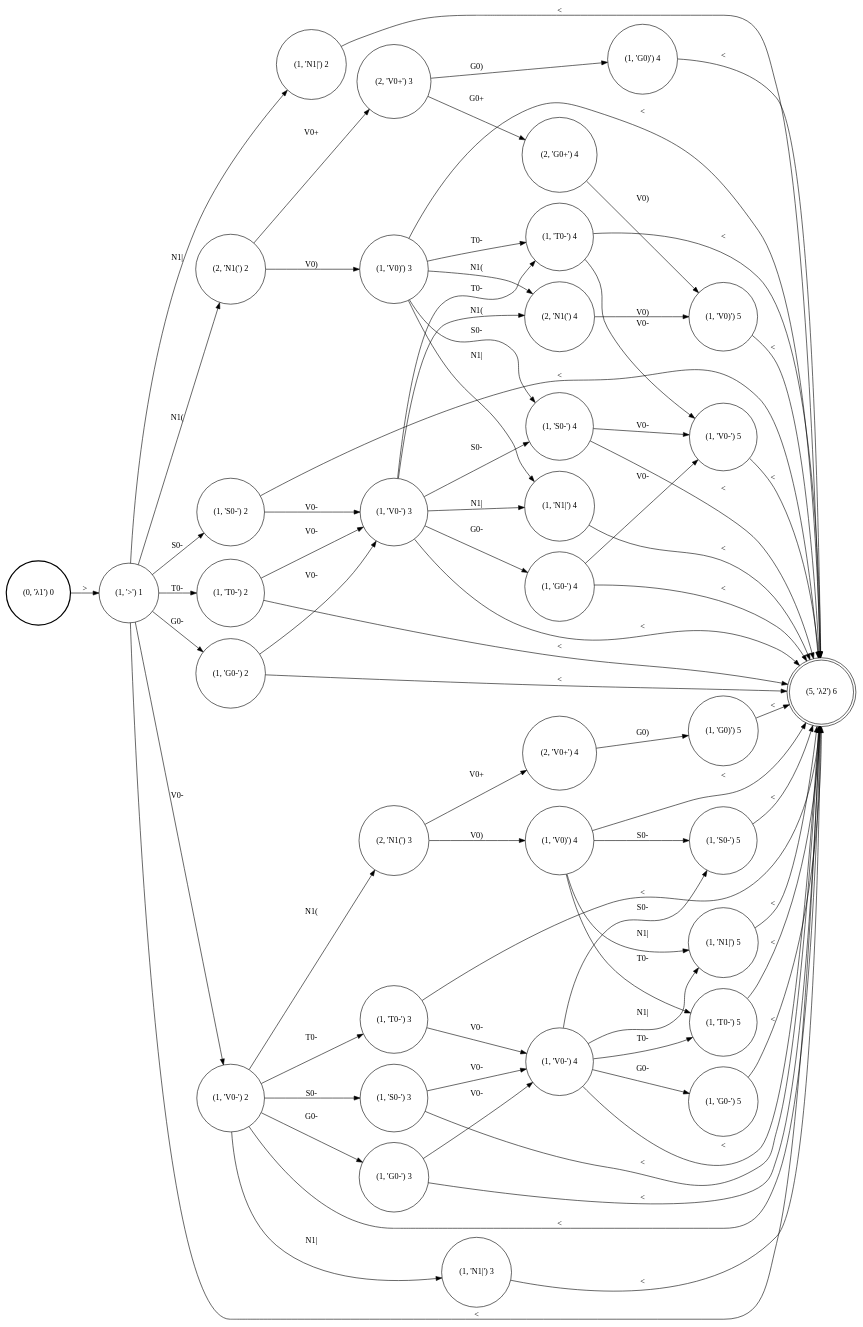
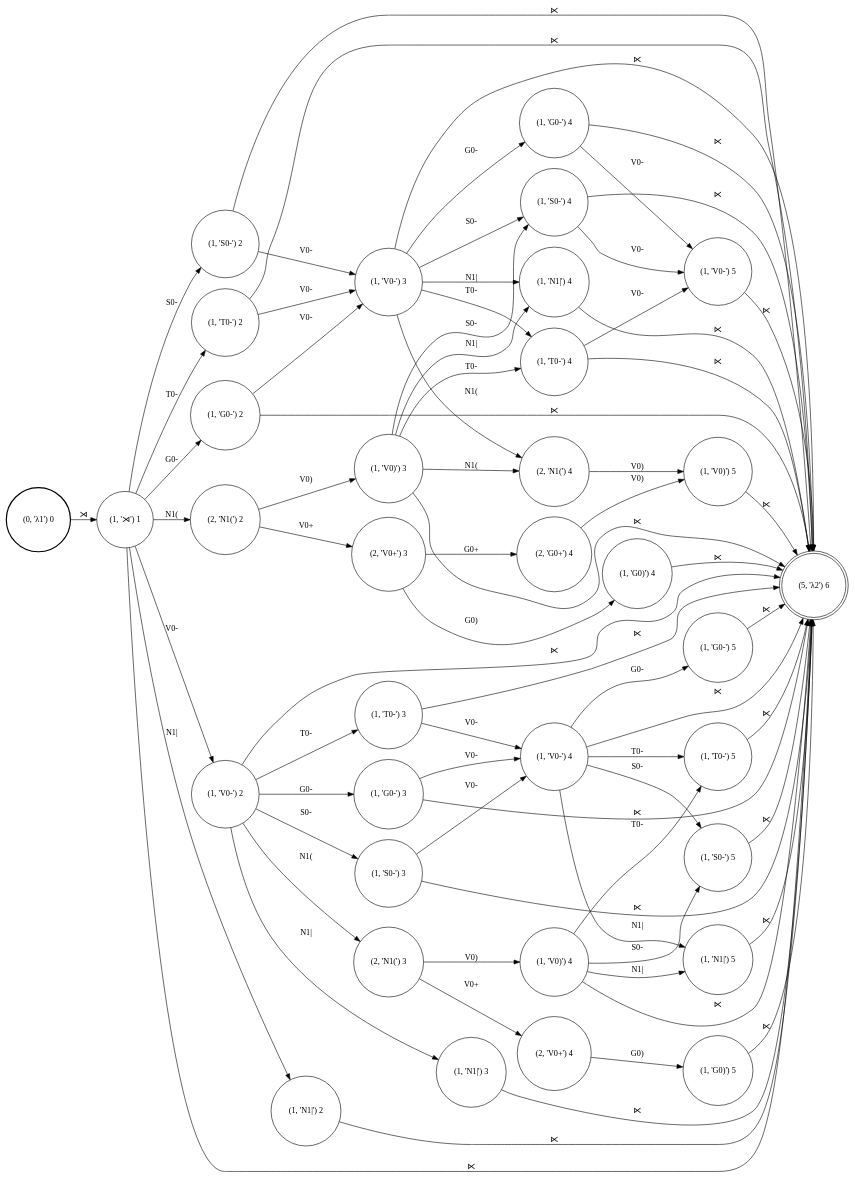
Before and after one commit to colincwilson/statgram: the diagram in demo/nasal_spreading/Output_nasal.dot, drawn with Graphviz. The commit also changed 11 other files, not shown here.

```diff
--- a/demo/nasal_spreading/Output_nasal.dot
+++ b/demo/nasal_spreading/Output_nasal.dot
@@ -1,109 +1,109 @@
 digraph G {
 rankdir=LR;
-0 [style=solid, shape=circle, label="(2, 'V0+') 4"]
-1 [style=solid, shape=circle, label="(1, 'N1|') 2"]
+0 [style=solid, shape=circle, label="(1, 'G0-') 4"]
+1 [style=solid, shape=doublecircle, label="(5, 'λ2') 6"]
 2 [style=solid, shape=circle, label="(1, 'V0)') 5"]
-3 [style=solid, shape=circle, label="(1, 'T0-') 4"]
-4 [style=solid, shape=circle, label="(1, 'S0-') 2"]
-5 [style=solid, shape=circle, label="(1, 'V0-') 5"]
-6 [style=solid, shape=circle, label="(1, 'G0-') 2"]
-7 [style=solid, shape=circle, label="(2, 'N1(') 3"]
-8 [style=solid, shape=doublecircle, label="(5, 'λ2') 6"]
-9 [style=solid, shape=circle, label="(2, 'V0+') 3"]
-10 [style=solid, shape=circle, label="(1, 'N1|') 3"]
-11 [style=solid, shape=circle, label="(1, 'T0-') 3"]
-12 [style=solid, shape=circle, label="(1, 'V0)') 4"]
-13 [style=bold, shape=circle, label="(0, 'λ1') 0"]
-14 [style=solid, shape=circle, label="(1, 'S0-') 5"]
-15 [style=solid, shape=circle, label="(1, 'G0-') 3"]
-16 [style=solid, shape=circle, label="(1, 'V0-') 4"]
-17 [style=solid, shape=circle, label="(1, 'N1|') 4"]
-18 [style=solid, shape=circle, label="(2, 'N1(') 2"]
-19 [style=solid, shape=circle, label="(1, 'T0-') 2"]
-20 [style=solid, shape=circle, label="(1, 'V0-') 3"]
-21 [style=solid, shape=circle, label="(1, 'G0-') 4"]
-22 [style=solid, shape=circle, label="(2, 'G0+') 4"]
-23 [style=solid, shape=circle, label="(1, 'G0)') 5"]
-24 [style=solid, shape=circle, label="(1, '>') 1"]
-25 [style=solid, shape=circle, label="(1, 'S0-') 4"]
-26 [style=solid, shape=circle, label="(1, 'V0)') 3"]
-27 [style=solid, shape=circle, label="(1, 'N1|') 5"]
-28 [style=solid, shape=circle, label="(1, 'G0-') 5"]
-29 [style=solid, shape=circle, label="(1, 'V0-') 2"]
-30 [style=solid, shape=circle, label="(1, 'G0)') 4"]
-31 [style=solid, shape=circle, label="(2, 'N1(') 4"]
-32 [style=solid, shape=circle, label="(1, 'T0-') 5"]
-33 [style=solid, shape=circle, label="(1, 'S0-') 3"]
-12 -> 27 [style=solid, label="N1|"]
-10 -> 8 [style=solid, label="<"]
-12 -> 14 [style=solid, label="S0-"]
-11 -> 8 [style=solid, label="<"]
-30 -> 8 [style=solid, label="<"]
-11 -> 16 [style=solid, label="V0-"]
-25 -> 8 [style=solid, label="<"]
-20 -> 3 [style=solid, label="T0-"]
-25 -> 5 [style=solid, label="V0-"]
-20 -> 8 [style=solid, label="<"]
-20 -> 17 [style=solid, label="N1|"]
-31 -> 2 [style=solid, label="V0)"]
-20 -> 25 [style=solid, label="S0-"]
-16 -> 32 [style=solid, label="T0-"]
-20 -> 21 [style=solid, label="G0-"]
-16 -> 8 [style=solid, label="<"]
-20 -> 31 [style=solid, label="N1("]
-16 -> 27 [style=solid, label="N1|"]
-13 -> 24 [style=solid, label=">"]
-26 -> 31 [style=solid, label="N1("]
-16 -> 14 [style=solid, label="S0-"]
-24 -> 29 [style=solid, label="V0-"]
-26 -> 3 [style=solid, label="T0-"]
-16 -> 28 [style=solid, label="G0-"]
-24 -> 8 [style=solid, label="<"]
-19 -> 8 [style=solid, label="<"]
-26 -> 8 [style=solid, label="<"]
-24 -> 19 [style=solid, label="T0-"]
-26 -> 17 [style=solid, label="N1|"]
-3 -> 8 [style=solid, label="<"]
-24 -> 18 [style=solid, label="N1("]
-26 -> 25 [style=solid, label="S0-"]
-3 -> 5 [style=solid, label="V0-"]
-24 -> 1 [style=solid, label="N1|"]
-15 -> 8 [style=solid, label="<"]
-17 -> 8 [style=solid, label="<"]
-24 -> 4 [style=solid, label="S0-"]
-15 -> 16 [style=solid, label="V0-"]
-2 -> 8 [style=solid, label="<"]
-24 -> 6 [style=solid, label="G0-"]
-19 -> 20 [style=solid, label="V0-"]
-33 -> 8 [style=solid, label="<"]
-23 -> 8 [style=solid, label="<"]
-1 -> 8 [style=solid, label="<"]
-33 -> 16 [style=solid, label="V0-"]
-27 -> 8 [style=solid, label="<"]
-18 -> 9 [style=solid, label="V0+"]
-7 -> 0 [style=solid, label="V0+"]
-14 -> 8 [style=solid, label="<"]
-18 -> 26 [style=solid, label="V0)"]
-7 -> 12 [style=solid, label="V0)"]
-5 -> 8 [style=solid, label="<"]
-4 -> 8 [style=solid, label="<"]
-9 -> 30 [style=solid, label="G0)"]
-32 -> 8 [style=solid, label="<"]
-4 -> 20 [style=solid, label="V0-"]
-9 -> 22 [style=solid, label="G0+"]
-28 -> 8 [style=solid, label="<"]
-6 -> 8 [style=solid, label="<"]
-21 -> 8 [style=solid, label="<"]
-6 -> 20 [style=solid, label="V0-"]
-21 -> 5 [style=solid, label="V0-"]
-29 -> 11 [style=solid, label="T0-"]
-0 -> 23 [style=solid, label="G0)"]
-29 -> 8 [style=solid, label="<"]
-29 -> 10 [style=solid, label="N1|"]
-29 -> 33 [style=solid, label="S0-"]
-22 -> 2 [style=solid, label="V0)"]
-29 -> 15 [style=solid, label="G0-"]
-29 -> 7 [style=solid, label="N1("]
-12 -> 32 [style=solid, label="T0-"]
-12 -> 8 [style=solid, label="<"]
+3 [style=solid, shape=circle, label="(1, 'V0-') 3"]
+4 [style=solid, shape=circle, label="(1, 'N1|') 3"]
+5 [style=solid, shape=circle, label="(2, 'V0+') 3"]
+6 [style=solid, shape=circle, label="(2, 'G0+') 4"]
+7 [style=solid, shape=circle, label="(1, 'S0-') 4"]
+8 [style=solid, shape=circle, label="(1, 'T0-') 3"]
+9 [style=solid, shape=circle, label="(1, 'G0)') 5"]
+10 [style=solid, shape=circle, label="(2, 'N1(') 4"]
+11 [style=solid, shape=circle, label="(1, 'G0-') 3"]
+12 [style=solid, shape=circle, label="(1, 'V0-') 2"]
+13 [style=solid, shape=circle, label="(1, 'N1|') 2"]
+14 [style=solid, shape=circle, label="(1, 'V0-') 5"]
+15 [style=solid, shape=circle, label="(1, 'N1|') 5"]
+16 [style=solid, shape=circle, label="(1, 'V0)') 4"]
+17 [style=solid, shape=circle, label="(1, 'T0-') 2"]
+18 [style=solid, shape=circle, label="(1, 'T0-') 5"]
+19 [style=solid, shape=circle, label="(1, 'S0-') 3"]
+20 [style=solid, shape=circle, label="(1, '⋊') 1"]
+21 [style=solid, shape=circle, label="(1, 'G0)') 4"]
+22 [style=solid, shape=circle, label="(2, 'N1(') 3"]
+23 [style=bold, shape=circle, label="(0, 'λ1') 0"]
+24 [style=solid, shape=circle, label="(1, 'G0-') 2"]
+25 [style=solid, shape=circle, label="(1, 'V0-') 4"]
+26 [style=solid, shape=circle, label="(1, 'N1|') 4"]
+27 [style=solid, shape=circle, label="(1, 'G0-') 5"]
+28 [style=solid, shape=circle, label="(1, 'V0)') 3"]
+29 [style=solid, shape=circle, label="(2, 'V0+') 4"]
+30 [style=solid, shape=circle, label="(1, 'T0-') 4"]
+31 [style=solid, shape=circle, label="(1, 'S0-') 2"]
+32 [style=solid, shape=circle, label="(1, 'S0-') 5"]
+33 [style=solid, shape=circle, label="(2, 'N1(') 2"]
+11 -> 25 [style=solid, label="V0-"]
+15 -> 1 [style=solid, label="⋉"]
+12 -> 22 [style=solid, label="N1("]
+14 -> 1 [style=solid, label="⋉"]
+11 -> 1 [style=solid, label="⋉"]
+12 -> 19 [style=solid, label="S0-"]
+29 -> 9 [style=solid, label="G0)"]
+18 -> 1 [style=solid, label="⋉"]
+5 -> 21 [style=solid, label="G0)"]
+27 -> 1 [style=solid, label="⋉"]
+12 -> 8 [style=solid, label="T0-"]
+5 -> 6 [style=solid, label="G0+"]
+12 -> 4 [style=solid, label="N1|"]
+7 -> 14 [style=solid, label="V0-"]
+8 -> 1 [style=solid, label="⋉"]
+7 -> 1 [style=solid, label="⋉"]
+12 -> 11 [style=solid, label="G0-"]
+8 -> 25 [style=solid, label="V0-"]
+13 -> 1 [style=solid, label="⋉"]
+16 -> 18 [style=solid, label="T0-"]
+28 -> 30 [style=solid, label="T0-"]
+17 -> 1 [style=solid, label="⋉"]
+28 -> 10 [style=solid, label="N1("]
+17 -> 3 [style=solid, label="V0-"]
+16 -> 32 [style=solid, label="S0-"]
+28 -> 7 [style=solid, label="S0-"]
+33 -> 28 [style=solid, label="V0)"]
+16 -> 15 [style=solid, label="N1|"]
+28 -> 26 [style=solid, label="N1|"]
+33 -> 5 [style=solid, label="V0+"]
+16 -> 1 [style=solid, label="⋉"]
+28 -> 1 [style=solid, label="⋉"]
+24 -> 3 [style=solid, label="V0-"]
+23 -> 20 [style=solid, label="⋊"]
+25 -> 1 [style=solid, label="⋉"]
+20 -> 33 [style=solid, label="N1("]
+19 -> 25 [style=solid, label="V0-"]
+24 -> 1 [style=solid, label="⋉"]
+20 -> 24 [style=solid, label="G0-"]
+19 -> 1 [style=solid, label="⋉"]
+3 -> 1 [style=solid, label="⋉"]
+25 -> 32 [style=solid, label="S0-"]
+20 -> 1 [style=solid, label="⋉"]
+10 -> 2 [style=solid, label="V0)"]
+3 -> 10 [style=solid, label="N1("]
+25 -> 18 [style=solid, label="T0-"]
+20 -> 31 [style=solid, label="S0-"]
+3 -> 7 [style=solid, label="S0-"]
+25 -> 15 [style=solid, label="N1|"]
+20 -> 13 [style=solid, label="N1|"]
+30 -> 1 [style=solid, label="⋉"]
+3 -> 30 [style=solid, label="T0-"]
+25 -> 27 [style=solid, label="G0-"]
+20 -> 12 [style=solid, label="V0-"]
+30 -> 14 [style=solid, label="V0-"]
+3 -> 26 [style=solid, label="N1|"]
+26 -> 1 [style=solid, label="⋉"]
+20 -> 17 [style=solid, label="T0-"]
+0 -> 14 [style=solid, label="V0-"]
+3 -> 0 [style=solid, label="G0-"]
+9 -> 1 [style=solid, label="⋉"]
+31 -> 3 [style=solid, label="V0-"]
+0 -> 1 [style=solid, label="⋉"]
+4 -> 1 [style=solid, label="⋉"]
+2 -> 1 [style=solid, label="⋉"]
+6 -> 2 [style=solid, label="V0)"]
+31 -> 1 [style=solid, label="⋉"]
+21 -> 1 [style=solid, label="⋉"]
+22 -> 16 [style=solid, label="V0)"]
+32 -> 1 [style=solid, label="⋉"]
+12 -> 1 [style=solid, label="⋉"]
+22 -> 29 [style=solid, label="V0+"]
 }
```
